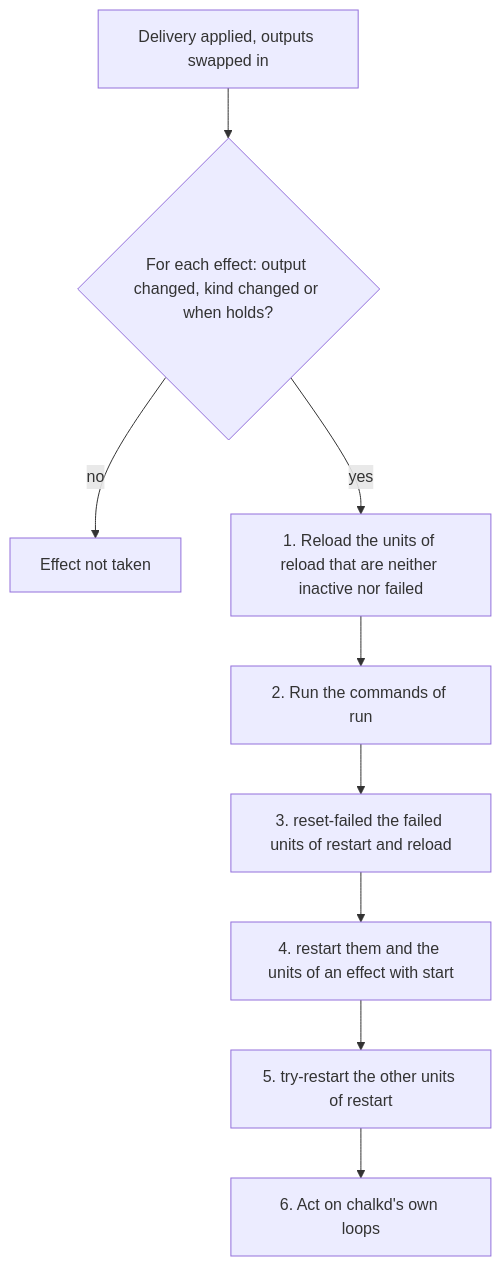
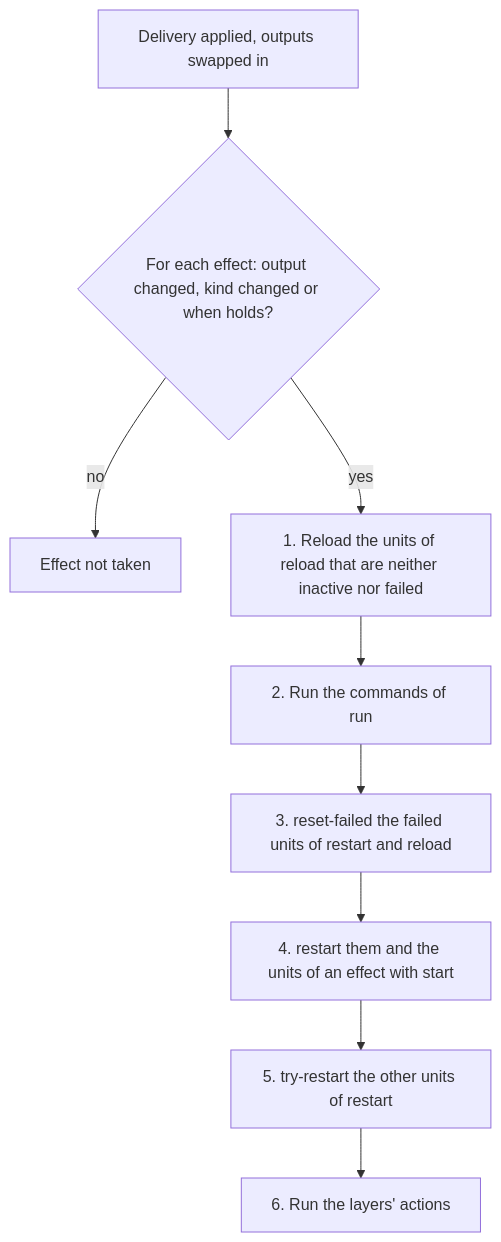
Before and after one commit to trevex/chalkos: the diagram in docs/build/react-to-changes.md, drawn with Mermaid. The commit also changed other lines of this file and 18 other files, not shown here.

````diff
--- a/docs/build/react-to-changes.md
+++ b/docs/build/react-to-changes.md
@@ -161,11 +176,11 @@
 ```mermaid
 flowchart TD
     applied["Delivery applied, outputs swapped in"] --> due{"For each effect: output changed, kind changed or when holds?"}
     due -->|no| skip["Effect not taken"]
     due -->|yes| reload["1. Reload the units of reload that are neither inactive nor failed"]
     reload --> run["2. Run the commands of run"]
     run --> failed["3. reset-failed the failed units of restart and reload"]
     failed --> start["4. restart them and the units of an effect with start"]
     start --> try["5. try-restart the other units of restart"]
-    try --> loops["6. Act on chalkd's own loops"]
+    try --> loops["6. Run the layers' actions"]
 ```
````
